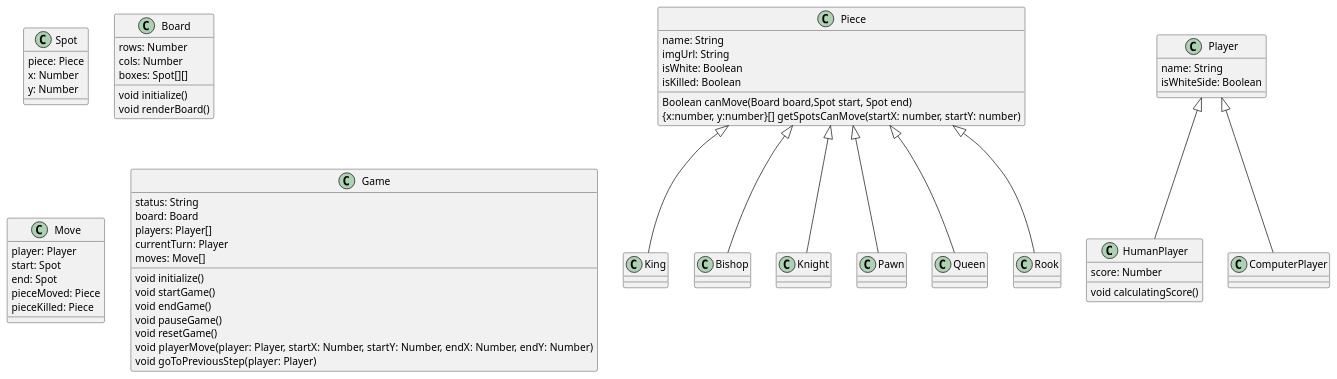
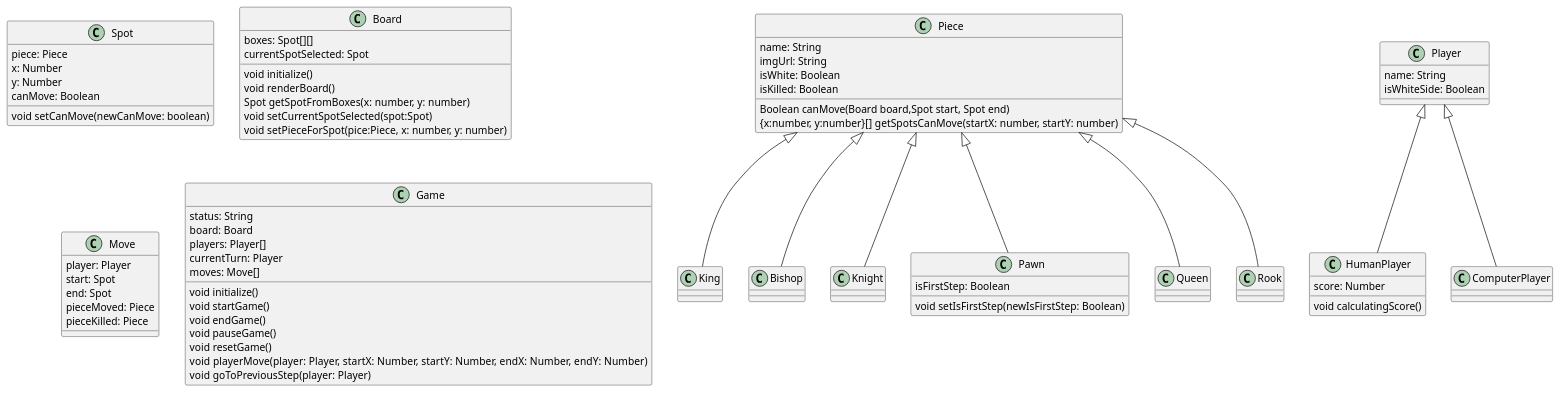
Before and after one commit to hoanglt1223/SET2021: the diagram in nhom_5/docs/class-diagram.plantuml, drawn with PlantUML. The commit also changed 7 other files, not shown here.

Commit message:
nhom_5 | implement move pawn piece

```diff
--- a/nhom_5/docs/class-diagram.plantuml
+++ b/nhom_5/docs/class-diagram.plantuml
@@ -1,83 +1,92 @@
 @startuml
 class Spot{
   piece: Piece
   x: Number
   y: Number
+  canMove: Boolean
+  void setCanMove(newCanMove: boolean)
 }
 
 class Board{
-  rows: Number
-  cols: Number
   boxes: Spot[][]
+  currentSpotSelected: Spot
+
   void initialize()
   void renderBoard()
+  Spot getSpotFromBoxes(x: number, y: number)
+  void setCurrentSpotSelected(spot:Spot)
+  void setPieceForSpot(pice:Piece, x: number, y: number)
+
 }
 
 class Piece{
   name: String
   imgUrl: String
   isWhite: Boolean
   isKilled: Boolean
   Boolean canMove(Board board,Spot start, Spot end)
   {x:number, y:number}[] getSpotsCanMove(startX: number, startY: number)
 }
 
 class Move{
   player: Player
   start: Spot
   end: Spot
   pieceMoved: Piece
   pieceKilled: Piece
 }
 
 class Game{
   status: String
   board: Board
   players: Player[]
   currentTurn: Player
   moves: Move[]
 
   void initialize()
   void startGame()
   void endGame()
   void pauseGame()
   void resetGame()
   void playerMove(player: Player, startX: Number, startY: Number, endX: Number, endY: Number)
   void goToPreviousStep(player: Player)
 }
 
 class Player{
   name: String
   isWhiteSide: Boolean
 }
 
 class HumanPlayer{
   score: Number
   void calculatingScore()
 }
 
 class ComputerPlayer{}
 
 
 class King{}
 class Bishop{}
 class Knight{}
-class Pawn{}
+class Pawn{
+  isFirstStep: Boolean
+  void setIsFirstStep(newIsFirstStep: Boolean)
+}
 class Queen{}
 class Rook{}
 
 
 
 
 
 Piece <|-- King
 Piece <|-- Bishop
 Piece <|-- Knight
 Piece <|-- Pawn
 Piece <|-- Queen
 Piece <|-- Rook
 
 Player <|-- HumanPlayer
 Player <|-- ComputerPlayer
 
 @enduml
```
